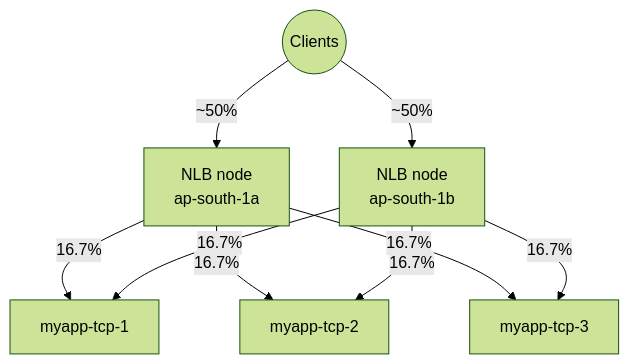
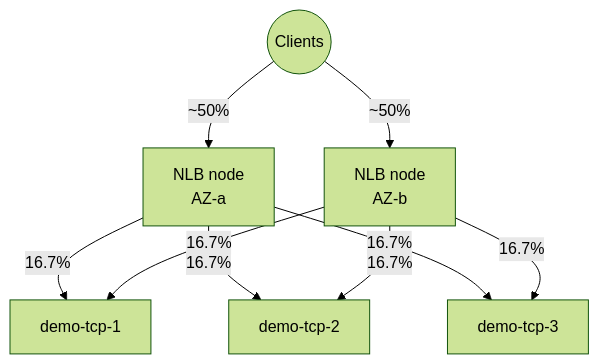
The second of 2 diagrams in EC2/LoadBalancer/11-Cross-Zone-Load-Balancing-HandsOn.md (msdeepak052/AWS_Imp_Concepts), drawn with Mermaid (forest theme) before and after one commit. The commit also changed other lines of this file and 66 other files, not shown here.

````diff
--- a/EC2/LoadBalancer/11-Cross-Zone-Load-Balancing-HandsOn.md
+++ b/EC2/LoadBalancer/11-Cross-Zone-Load-Balancing-HandsOn.md
@@ -62,12 +62,12 @@
 ```mermaid
 flowchart TD
-    C(("Clients")) -->|"~50%"| NA["NLB node<br/>ap-south-1a"]
-    C -->|"~50%"| NB["NLB node<br/>ap-south-1b"]
+    C(("Clients")) -->|"~50%"| NA["NLB node<br/>AZ-a"]
+    C -->|"~50%"| NB["NLB node<br/>AZ-b"]
 
-    NA -->|"16.7%"| T1["myapp-tcp-1"]
-    NA -->|"16.7%"| T2["myapp-tcp-2"]
-    NA -->|"16.7%"| T3["myapp-tcp-3"]
+    NA -->|"16.7%"| T1["demo-tcp-1"]
+    NA -->|"16.7%"| T2["demo-tcp-2"]
+    NA -->|"16.7%"| T3["demo-tcp-3"]
     NB -->|"16.7%"| T1
     NB -->|"16.7%"| T2
     NB -->|"16.7%"| T3
 ```
````
